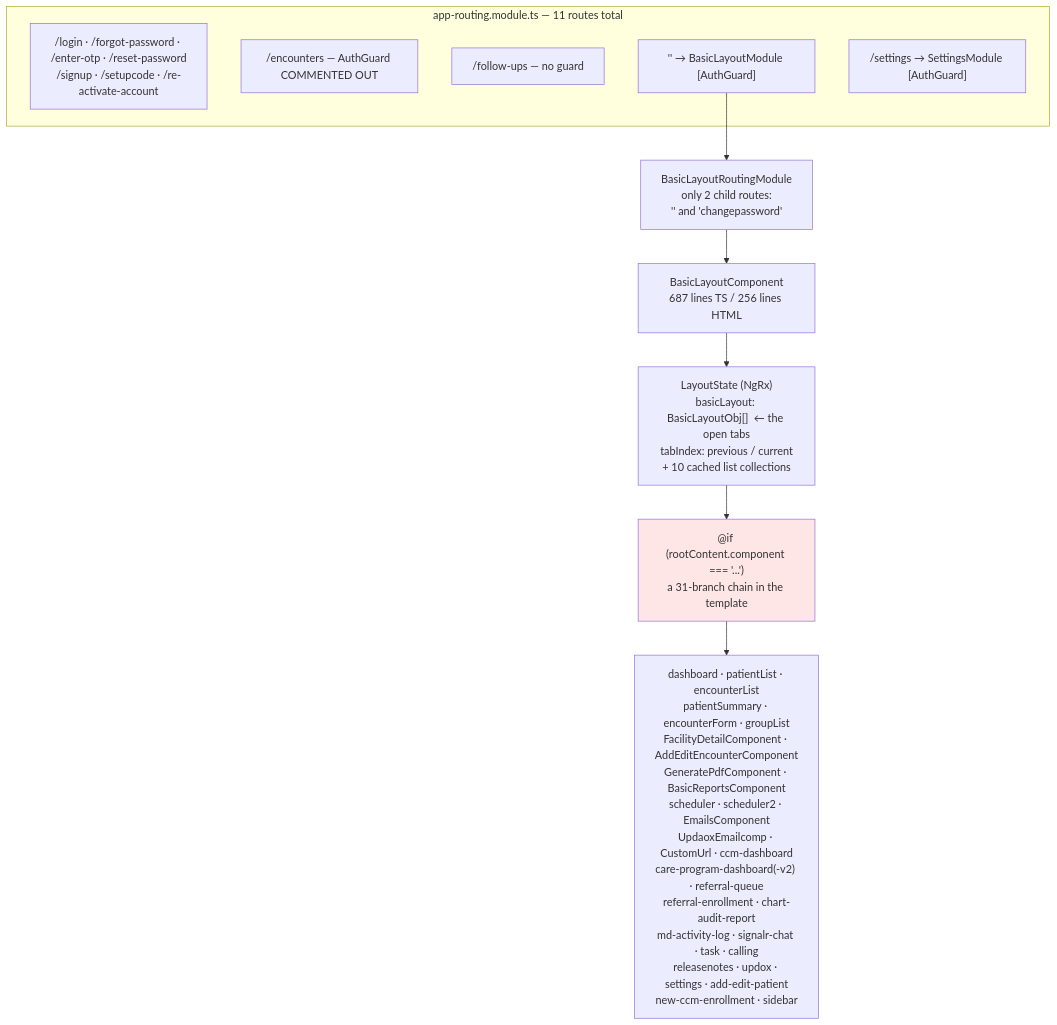
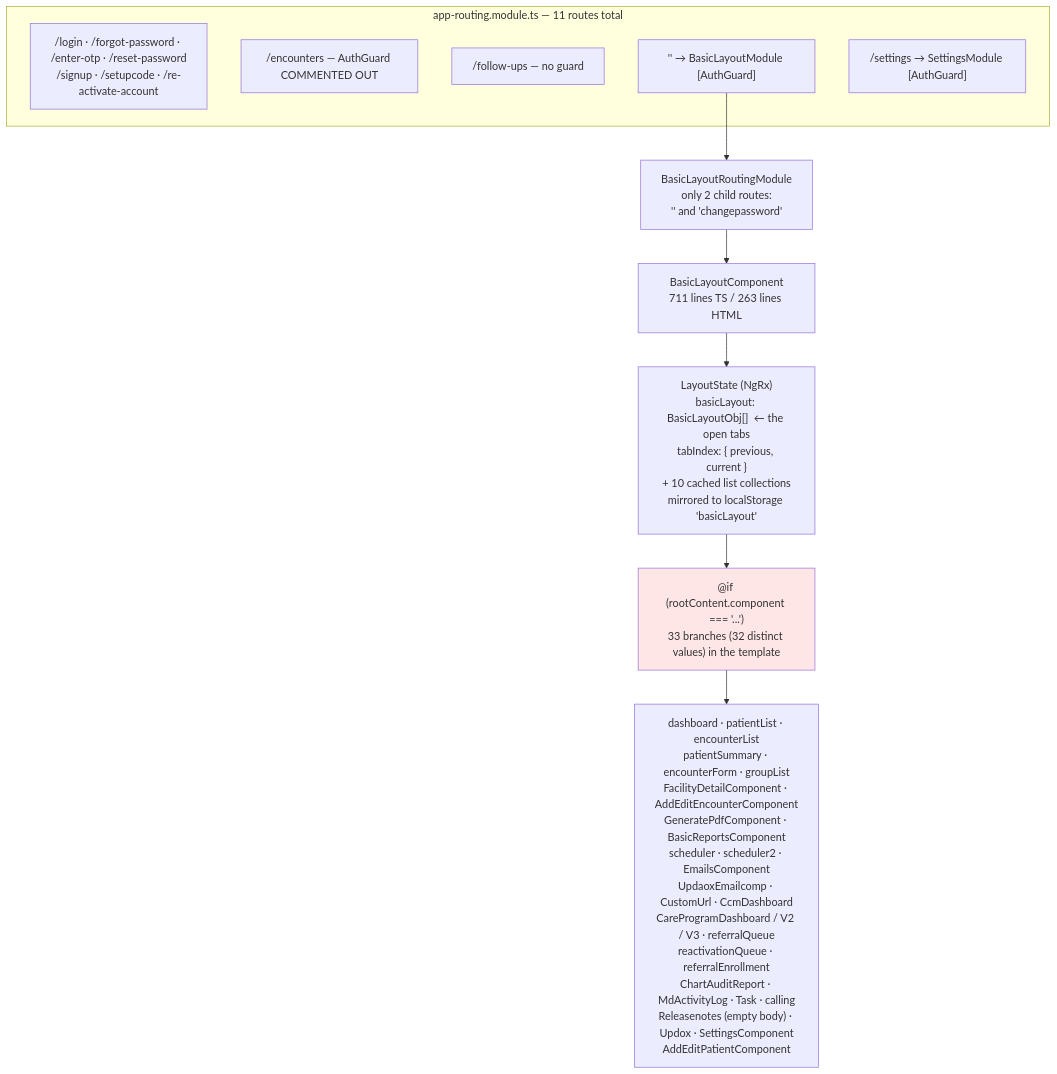
The third of 5 diagrams in docs/architecture-diagrams/09-spa-shell-navigation-deep-dive-diagrams.md (hemsingh-3PG/sai-systems-AIRE), drawn with Mermaid before and after one commit. The commit also changed other lines of this file and 285 other files, not shown here.

````diff
--- a/docs/architecture-diagrams/09-spa-shell-navigation-deep-dive-diagrams.md
+++ b/docs/architecture-diagrams/09-spa-shell-navigation-deep-dive-diagrams.md
@@ -57,20 +54,20 @@
 ```mermaid
 flowchart TB
   subgraph Routes["app-routing.module.ts — 11 routes total"]
     R1["/login · /forgot-password · /enter-otp · /reset-password<br/>/signup · /setupcode · /re-activate-account"]
     R2["/encounters — AuthGuard COMMENTED OUT"]
     R3["/follow-ups — no guard"]
     R4["'' → BasicLayoutModule [AuthGuard]"]
     R5["/settings → SettingsModule [AuthGuard]"]
   end
 
   R4 --> BL["BasicLayoutRoutingModule<br/>only 2 child routes:<br/>'' and 'changepassword'"]
-  BL --> SHELL["BasicLayoutComponent<br/>687 lines TS / 256 lines HTML"]
+  BL --> SHELL["BasicLayoutComponent<br/>711 lines TS / 263 lines HTML"]
 
-  SHELL --> ST["LayoutState (NgRx)<br/>basicLayout: BasicLayoutObj[]  ← the open tabs<br/>tabIndex: previous / current<br/>+ 10 cached list collections"]
-  ST --> SW["@if (rootContent.component === '...')<br/>a 31-branch chain in the template"]
+  SHELL --> ST["LayoutState (NgRx)<br/>basicLayout: BasicLayoutObj[]  ← the open tabs<br/>tabIndex: { previous, current }<br/>+ 10 cached list collections<br/>mirrored to localStorage 'basicLayout'"]
+  ST --> SW["@if (rootContent.component === '...')<br/>33 branches (32 distinct values) in the template"]
 
-  SW --> C1["dashboard · patientList · encounterList<br/>patientSummary · encounterForm · groupList<br/>FacilityDetailComponent · AddEditEncounterComponent<br/>GeneratePdfComponent · BasicReportsComponent<br/>scheduler · scheduler2 · EmailsComponent<br/>UpdaoxEmailcomp · CustomUrl · ccm-dashboard<br/>care-program-dashboard(-v2) · referral-queue<br/>referral-enrollment · chart-audit-report<br/>md-activity-log · signalr-chat · task · calling<br/>releasenotes · updox · settings · add-edit-patient<br/>new-ccm-enrollment · sidebar"]
+  SW --> C1["dashboard · patientList · encounterList<br/>patientSummary · encounterForm · groupList<br/>FacilityDetailComponent · AddEditEncounterComponent<br/>GeneratePdfComponent · BasicReportsComponent<br/>scheduler · scheduler2 · EmailsComponent<br/>UpdaoxEmailcomp · CustomUrl · CcmDashboard<br/>CareProgramDashboard / V2 / V3 · referralQueue<br/>reactivationQueue · referralEnrollment<br/>ChartAuditReport · MdActivityLog · Task · calling<br/>Releasenotes (empty body) · Updox · SettingsComponent<br/>AddEditPatientComponent"]
 
   style SW fill:#ffe6e6
 ```
````
